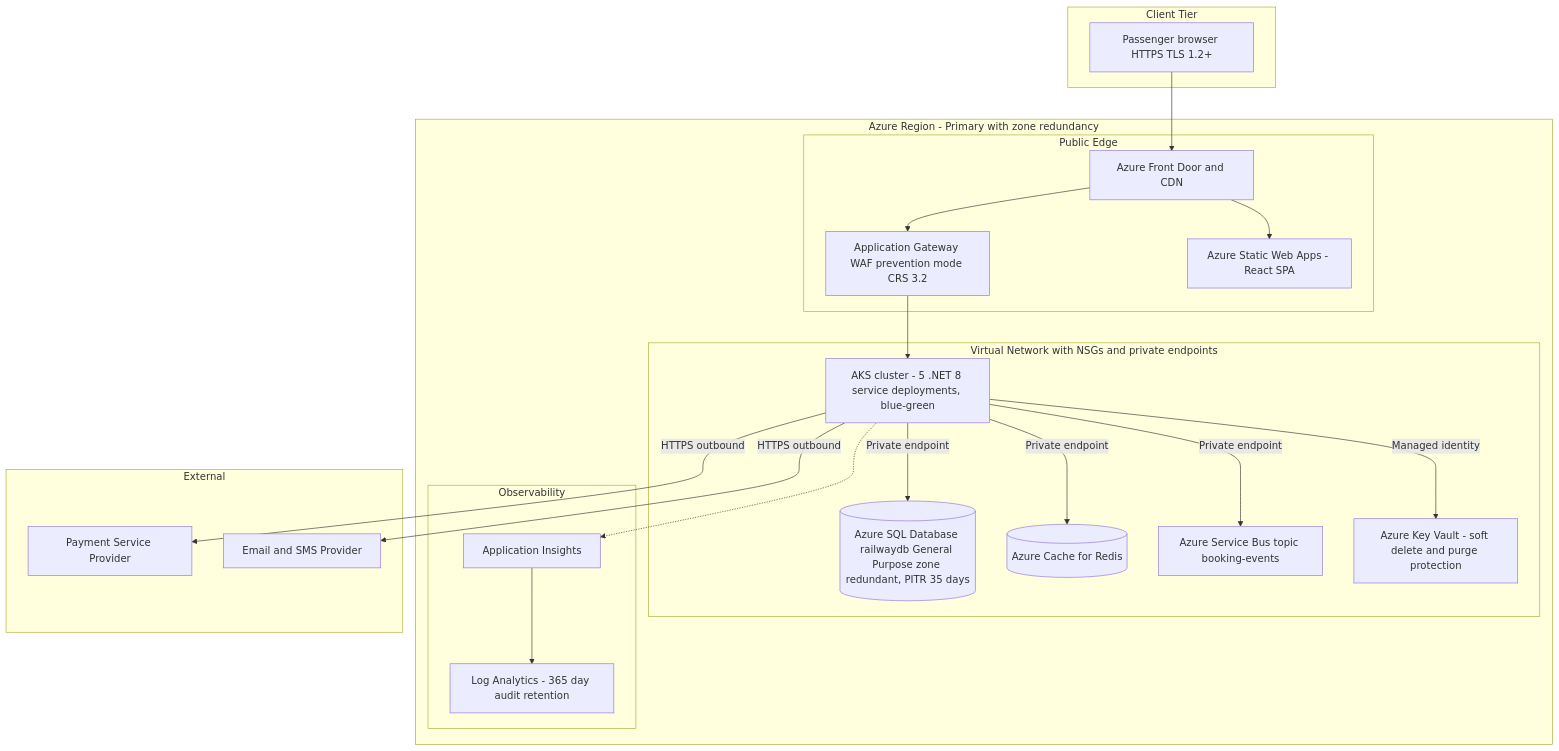
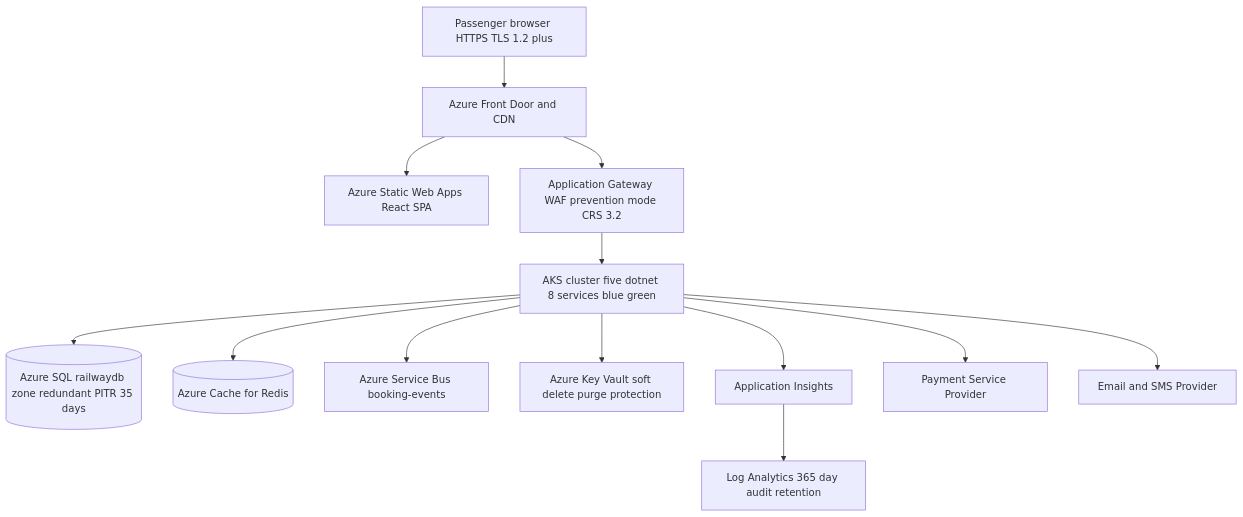
Before and after one commit to Mandeep-Kaur-Johar/sdlc-online-railway-ticketing-system: the diagram in docs/architecture/epic-2998/deployment.mmd, drawn with Mermaid.

Commit message:
docs: re-render deployment diagram for Epic 2998

```diff
--- a/docs/architecture/epic-2998/deployment.mmd
+++ b/docs/architecture/epic-2998/deployment.mmd
@@ -1,36 +1,23 @@
 flowchart TB
-    subgraph Client["Client Tier"]
-        Browser["Passenger browser HTTPS TLS 1.2+"]
-    end
-    subgraph Azure["Azure Region - Primary with zone redundancy"]
-        subgraph Public["Public Edge"]
-            FD["Azure Front Door and CDN"]
-            AGW["Application Gateway WAF prevention mode CRS 3.2"]
-            SWA["Azure Static Web Apps - React SPA"]
-        end
-        subgraph VNet["Virtual Network with NSGs and private endpoints"]
-            AKS["AKS cluster - 5 .NET 8 service deployments, blue-green"]
-            SQLDB[("Azure SQL Database railwaydb General Purpose zone redundant, PITR 35 days")]
-            Redis[("Azure Cache for Redis")]
-            Bus["Azure Service Bus topic booking-events"]
-            KV["Azure Key Vault - soft delete and purge protection"]
-        end
-        subgraph Obs["Observability"]
-            AI["Application Insights"]
-            LA["Log Analytics - 365 day audit retention"]
-        end
-    end
-    subgraph Ext["External"]
-        PSP["Payment Service Provider"]
-        Comms["Email and SMS Provider"]
-    end
+    Browser["Passenger browser HTTPS TLS 1.2 plus"]
+    FD["Azure Front Door and CDN"]
+    SWA["Azure Static Web Apps React SPA"]
+    AGW["Application Gateway WAF prevention mode CRS 3.2"]
+    AKS["AKS cluster five dotnet 8 services blue green"]
+    SQLDB[("Azure SQL railwaydb zone redundant PITR 35 days")]
+    Redis[("Azure Cache for Redis")]
+    Bus["Azure Service Bus booking-events"]
+    KV["Azure Key Vault soft delete purge protection"]
+    AI["Application Insights"]
+    LA["Log Analytics 365 day audit retention"]
+    PSP["Payment Service Provider"]
+    Comms["Email and SMS Provider"]
     Browser --> FD --> SWA
     FD --> AGW --> AKS
-    AKS -->|Private endpoint| SQLDB
-    AKS -->|Private endpoint| Redis
-    AKS -->|Private endpoint| Bus
-    AKS -->|Managed identity| KV
-    AKS -.-> AI
-    AI --> LA
-    AKS -->|HTTPS outbound| PSP
-    AKS -->|HTTPS outbound| Comms
+    AKS --> SQLDB
+    AKS --> Redis
+    AKS --> Bus
+    AKS --> KV
+    AKS --> AI --> LA
+    AKS --> PSP
+    AKS --> Comms
```
